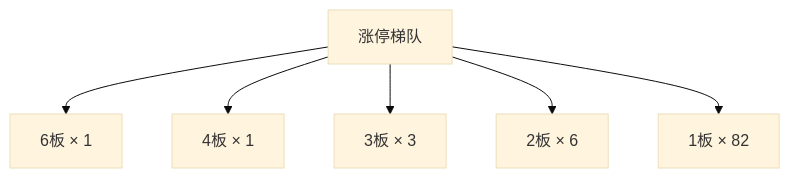
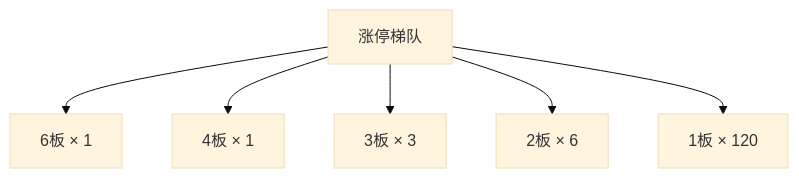
One commit to chenyang1999/chzl-kg changed the second of 4 diagrams in content/投研交易/盘中分析/20261102.md. Above: the diagram before and after it, drawn with Mermaid (base theme). The commit also changed other lines of this file and 3 other files, not shown here.

````diff
--- a/content/投研交易/盘中分析/20261102.md
+++ b/content/投研交易/盘中分析/20261102.md
@@ -72,14 +72,14 @@
 ```mermaid
 flowchart TD
     B_6板["6板 × 1"]
     B_4板["4板 × 1"]
     B_3板["3板 × 3"]
     B_2板["2板 × 6"]
-    B_1板["1板 × 82"]
+    B_1板["1板 × 120"]
     ROOT["涨停梯队"]
     ROOT --> B_6板
     ROOT --> B_4板
     ROOT --> B_3板
     ROOT --> B_2板
     ROOT --> B_1板
 ```
````
